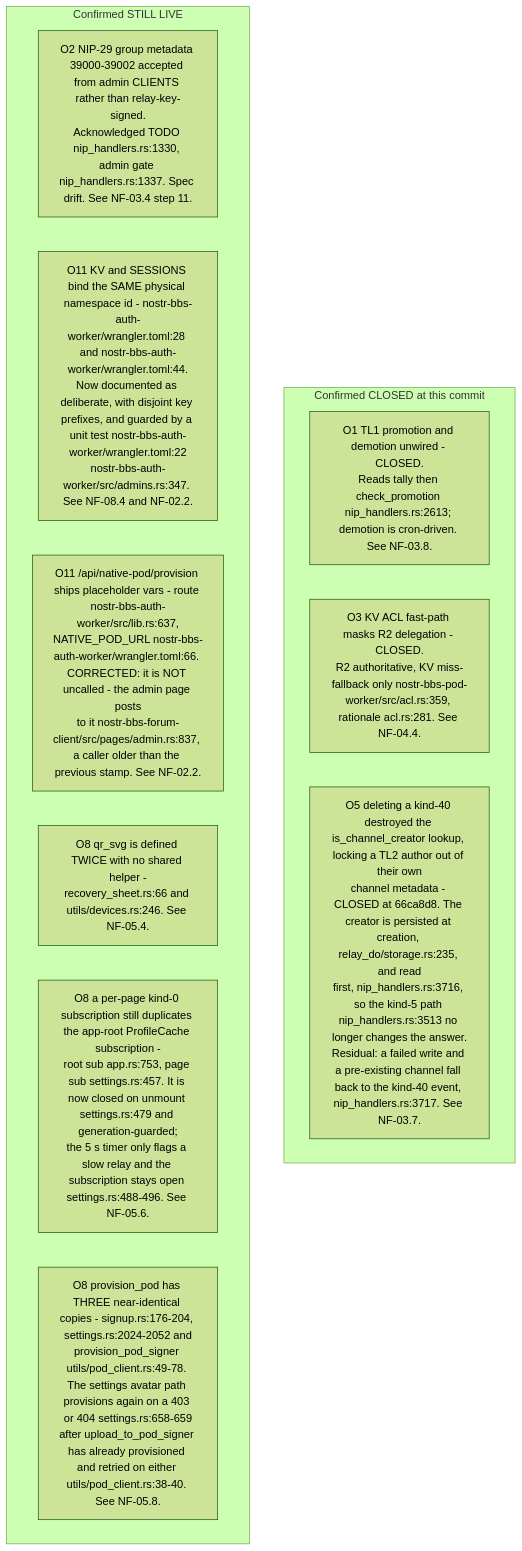
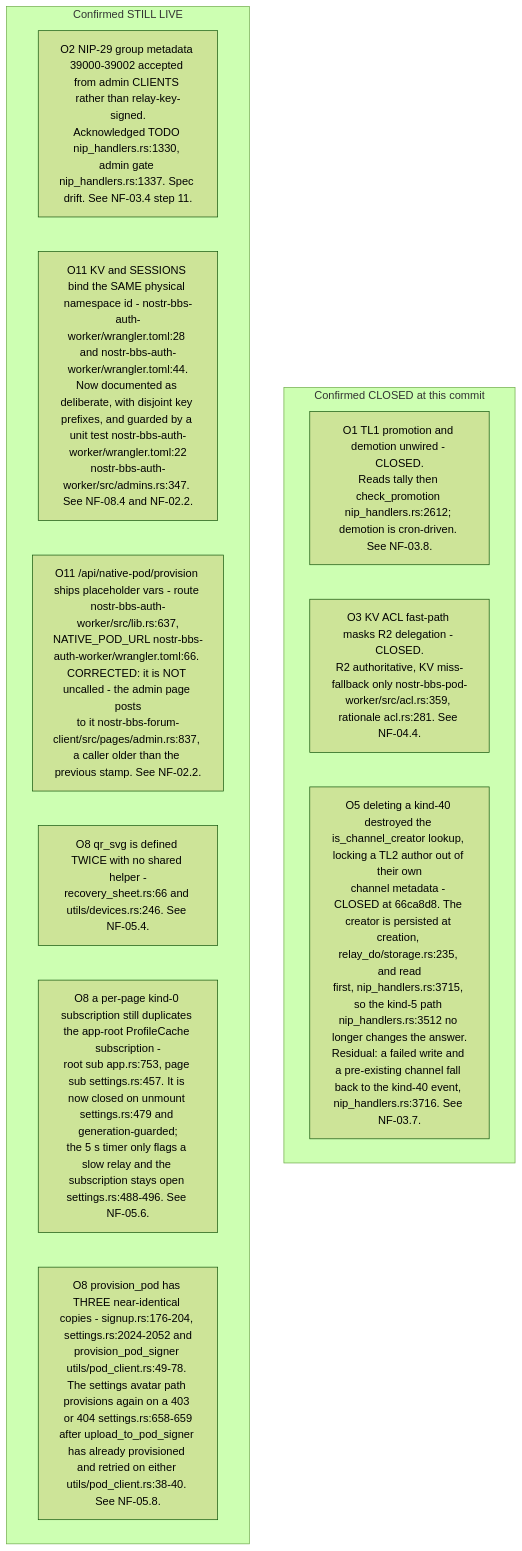
Before and after one commit to DreamLab-AI/VisionFlow: the third of 15 diagrams in docs/diagrams/nostr-rust-forum/10-invariants-and-anomaly-register.md, drawn with Mermaid (forest theme). The commit also changed other lines of this file and 3 other files, not shown here.

First line of the commit message:
docs(diagrams): hold NF-10 at 4a73a7a (NF-10.6 DD9 on the ratchet no longer holds)

````diff
--- a/docs/diagrams/nostr-rust-forum/10-invariants-and-anomaly-register.md
+++ b/docs/diagrams/nostr-rust-forum/10-invariants-and-anomaly-register.md
@@ -154,16 +154,16 @@
 ```mermaid
 flowchart TB
     subgraph closed["Confirmed CLOSED at this commit"]
-        O1["O1 TL1 promotion and demotion unwired - CLOSED.<br/>Reads tally then check_promotion nip_handlers.rs:2613; demotion is cron-driven. See NF-03.8."]
+        O1["O1 TL1 promotion and demotion unwired - CLOSED.<br/>Reads tally then check_promotion nip_handlers.rs:2612; demotion is cron-driven. See NF-03.8."]
         O3["O3 KV ACL fast-path masks R2 delegation - CLOSED.<br/>R2 authoritative, KV miss-fallback only nostr-bbs-pod-worker/src/acl.rs:359, rationale acl.rs:281. See NF-04.4."]
-        O5["O5 deleting a kind-40 destroyed the is_channel_creator lookup, locking a TL2 author out of their own<br/>channel metadata - CLOSED at 66ca8d8. The creator is persisted at creation, relay_do/storage.rs:235, and read<br/>first, nip_handlers.rs:3716, so the kind-5 path nip_handlers.rs:3513 no longer changes the answer.<br/>Residual: a failed write and a pre-existing channel fall back to the kind-40 event, nip_handlers.rs:3717. See NF-03.7."]
+        O5["O5 deleting a kind-40 destroyed the is_channel_creator lookup, locking a TL2 author out of their own<br/>channel metadata - CLOSED at 66ca8d8. The creator is persisted at creation, relay_do/storage.rs:235, and read<br/>first, nip_handlers.rs:3715, so the kind-5 path nip_handlers.rs:3512 no longer changes the answer.<br/>Residual: a failed write and a pre-existing channel fall back to the kind-40 event, nip_handlers.rs:3716. See NF-03.7."]
     end
     subgraph live["Confirmed STILL LIVE"]
         O2["O2 NIP-29 group metadata 39000-39002 accepted from admin CLIENTS rather than relay-key-signed.<br/>Acknowledged TODO nip_handlers.rs:1330, admin gate nip_handlers.rs:1337. Spec drift. See NF-03.4 step 11."]
         O11a["O11 KV and SESSIONS bind the SAME physical namespace id - nostr-bbs-auth-worker/wrangler.toml:28 and nostr-bbs-auth-worker/wrangler.toml:44.<br/>Now documented as deliberate, with disjoint key prefixes, and guarded by a unit test nostr-bbs-auth-worker/wrangler.toml:22<br/>nostr-bbs-auth-worker/src/admins.rs:347. See NF-08.4 and NF-02.2."]
         O11b["O11 /api/native-pod/provision ships placeholder vars - route nostr-bbs-auth-worker/src/lib.rs:637,<br/>NATIVE_POD_URL nostr-bbs-auth-worker/wrangler.toml:66. CORRECTED: it is NOT uncalled - the admin page posts<br/>to it nostr-bbs-forum-client/src/pages/admin.rs:837, a caller older than the previous stamp. See NF-02.2."]
         O8a["O8 qr_svg is defined TWICE with no shared helper -<br/>recovery_sheet.rs:66 and utils/devices.rs:246. See NF-05.4."]
         O8b["O8 a per-page kind-0 subscription still duplicates the app-root ProfileCache subscription -<br/>root sub app.rs:753, page sub settings.rs:457. It is now closed on unmount settings.rs:479 and generation-guarded;<br/>the 5 s timer only flags a slow relay and the subscription stays open settings.rs:488-496. See NF-05.6."]
         O8c["O8 provision_pod has THREE near-identical copies - signup.rs:176-204, settings.rs:2024-2052 and<br/>provision_pod_signer utils/pod_client.rs:49-78. The settings avatar path provisions again on a 403 or 404 settings.rs:658-659<br/>after upload_to_pod_signer has already provisioned and retried on either utils/pod_client.rs:38-40. See NF-05.8."]
     end
 ```
````
